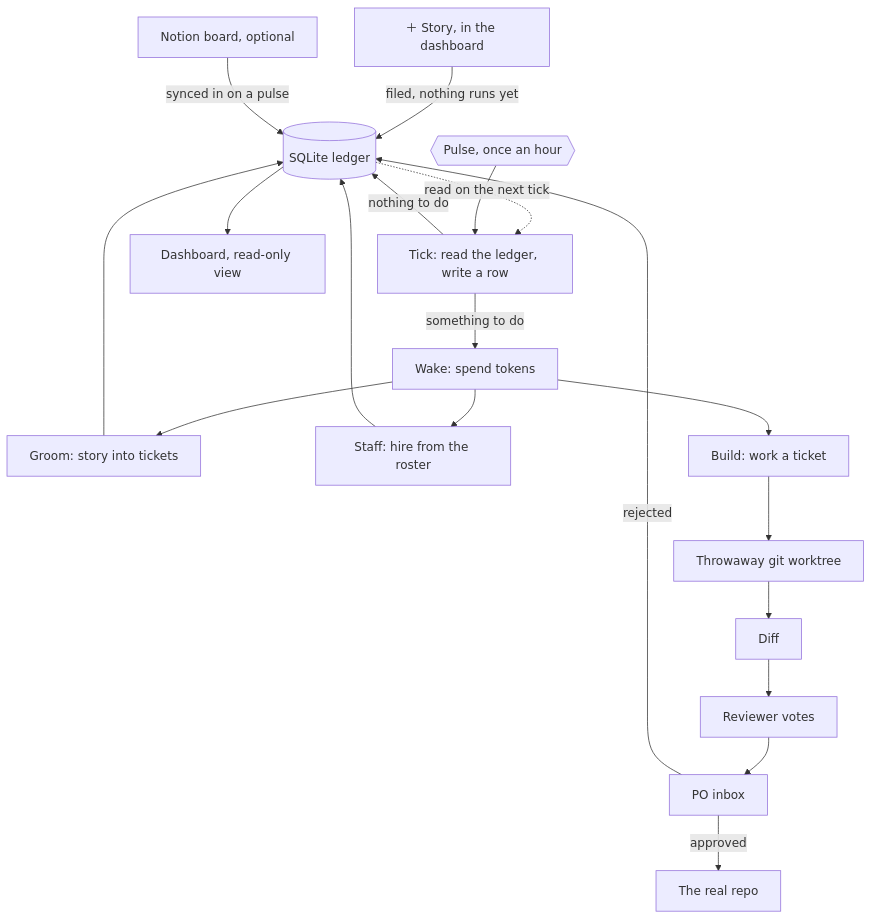
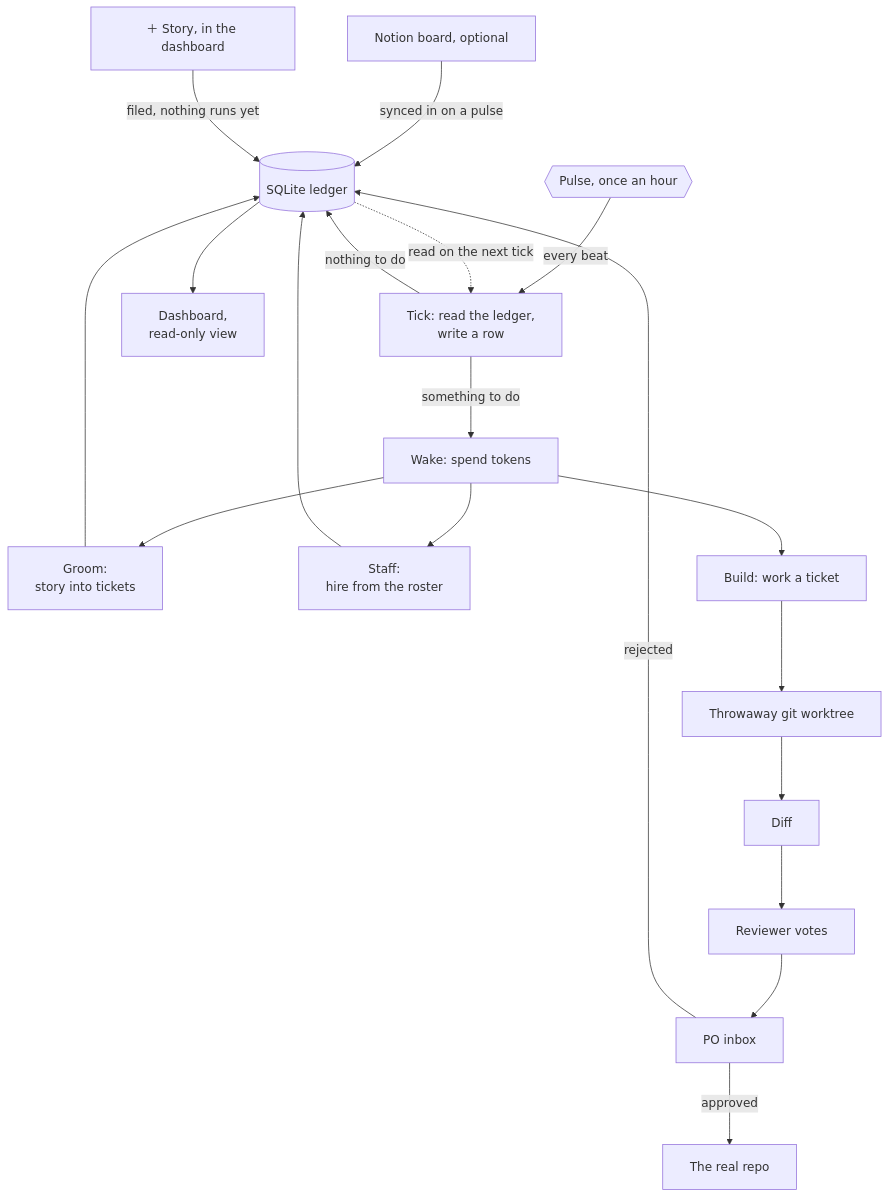
One commit to GoodTimesPM/colony-dash changed the diagram in README.md. Above: the diagram before and after it, drawn with Mermaid. The commit also changed other lines of this file and 1 other file, not shown here.

Commit message:
Add the MIT license, and fix the diagram spacing
MIT, so the repo does not land on GitHub reading "all rights reserved" to
anyone who wants to fork it.

The flowchart put the ledger, the pulse and the tick on top of one another
because the default rank spacing is tuned for short labels. Widened the
spacing, moved the pulse up to the top rank next to the two intakes so it
stops crowding the middle, and wrapped the four longest labels by hand.

One caption used markdown backticks inside a <p> block. GitHub does not parse
markdown inside an HTML block, so `clean` would have rendered with the
backticks visible. Now <code>.

Claude-Session: https://claude.ai/code/session_01QoRDgDX5AspQmyNfwYoBaJ

````diff
--- a/README.md
+++ b/README.md
@@ -38,27 +38,26 @@
 ```mermaid
+%%{init: {"flowchart": {"nodeSpacing": 70, "rankSpacing": 85, "curve": "basis", "padding": 18}}}%%
 flowchart TD
-    F["＋ Story, in the dashboard"] -->|"filed, nothing runs yet"| L[("SQLite ledger")]
-    N["Notion board, optional"] -->|"synced in on a pulse"| L
+    N["Notion board, optional"] -->|"synced in on a pulse"| L[("SQLite ledger")]
+    F["＋ Story, in the dashboard"] -->|"filed, nothing runs yet"| L
+    P{{"Pulse, once an hour"}} -->|"every beat"| T["Tick: read the ledger,<br>write a row"]
 
-    L -.->|"read on the next tick"| T["Tick: read the ledger, write a row"]
-    P{{"Pulse, once an hour"}} --> T
-
+    L -.->|"read on the next tick"| T
     T -->|"nothing to do"| L
     T -->|"something to do"| W["Wake: spend tokens"]
 
-    W --> G["Groom: story into tickets"]
-    W --> S["Staff: hire from the roster"]
+    W --> G["Groom:<br>story into tickets"]
+    W --> S["Staff:<br>hire from the roster"]
     W --> B["Build: work a ticket"]
 
     G --> L
     S --> L
+    L --> DASH["Dashboard,<br>read-only view"]
 
     B --> WT["Throwaway git worktree"]
     WT --> D["Diff"]
     D --> R["Reviewer votes"]
     R --> I["PO inbox"]
     I -->|"approved"| REPO["The real repo"]
     I -->|"rejected"| L
-
-    L --> DASH["Dashboard, read-only view"]
 ```
````
